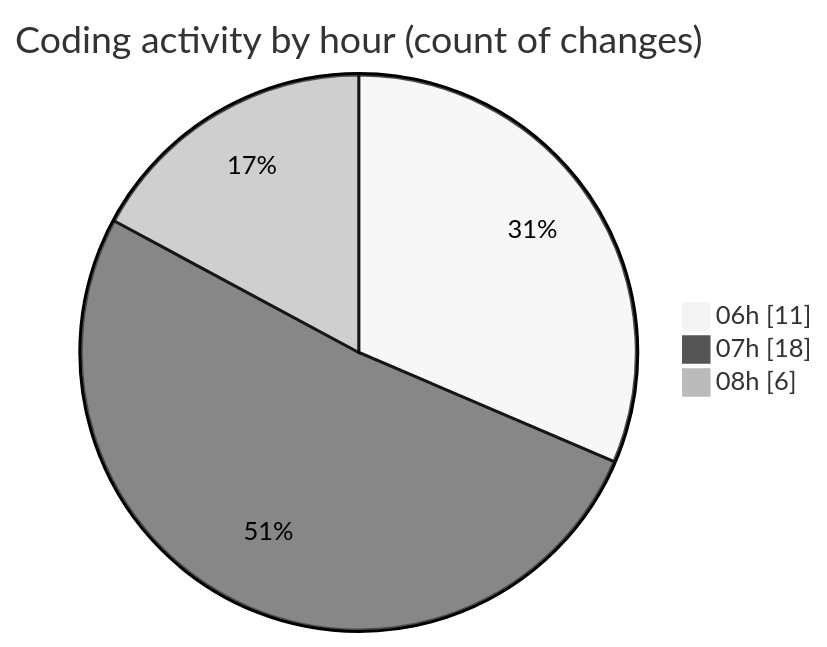
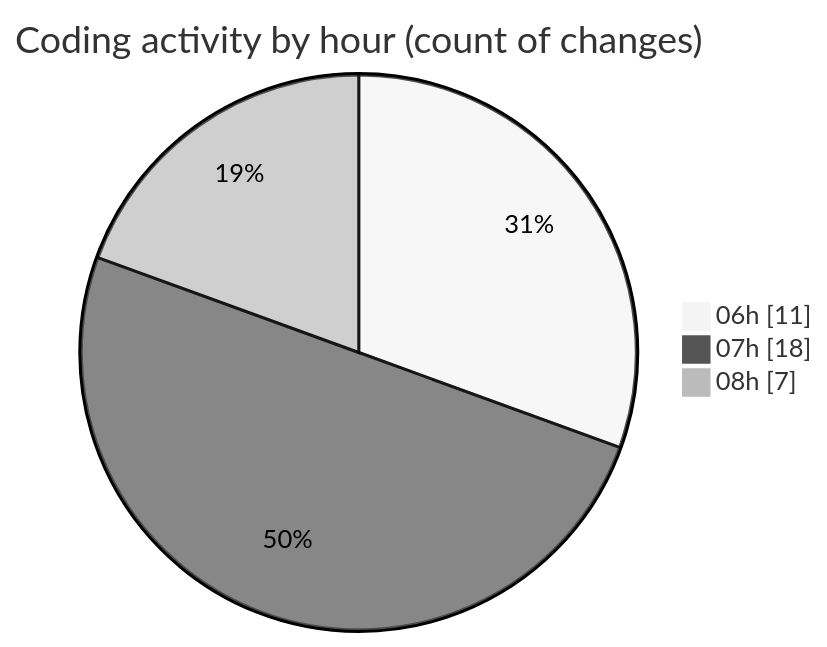
The second of 2 diagrams in 2025-01-22/mbc-web/README.md (robertbonfada/code-tracking), drawn with Mermaid (neutral theme) before and after one commit. The commit also changed other lines of this file and 1 other file, not shown here.

````diff
--- a/2025-01-22/mbc-web/README.md
+++ b/2025-01-22/mbc-web/README.md
@@ -34,7 +35,7 @@
 ```mermaid
 pie showData
 title Coding activity by hour (count of changes)
 "06h" : 11
 "07h" : 18
-"08h" : 6
+"08h" : 7
 ```
````
